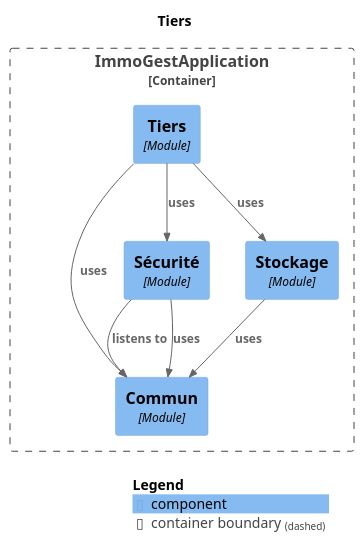
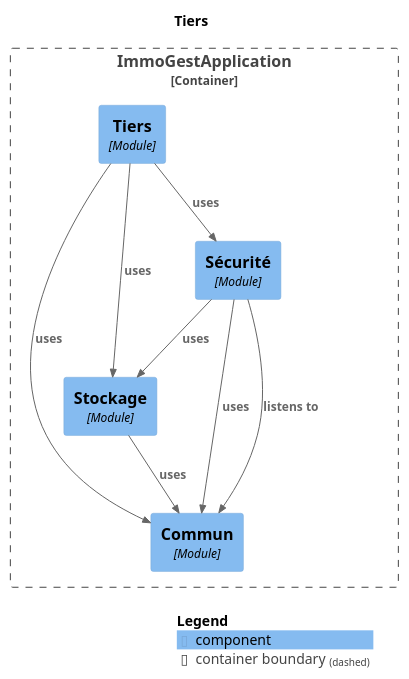
Before and after one commit to fixedevelloper/csimmo: the diagram in docs/modules/module-tiers.puml, drawn with PlantUML. The commit also changed 91 other files, not shown here.

```diff
--- a/docs/modules/module-tiers.puml
+++ b/docs/modules/module-tiers.puml
@@ -1,26 +1,27 @@
 @startuml
 set separator none
 title Tiers
 
 top to bottom direction
 
 !include <C4/C4>
 !include <C4/C4_Context>
 !include <C4/C4_Component>
 
 Container_Boundary("ImmoGestApplication.ImmoGestApplication_boundary", "ImmoGestApplication", $tags="") {
   Component(ImmoGestApplication.ImmoGestApplication.Commun, "Commun", $techn="Module", $descr="", $tags="", $link="")
+  Component(ImmoGestApplication.ImmoGestApplication.Stockage, "Stockage", $techn="Module", $descr="", $tags="", $link="")
   Component(ImmoGestApplication.ImmoGestApplication.Sécurité, "Sécurité", $techn="Module", $descr="", $tags="", $link="")
-  Component(ImmoGestApplication.ImmoGestApplication.Stockage, "Stockage", $techn="Module", $descr="", $tags="", $link="")
   Component(ImmoGestApplication.ImmoGestApplication.Tiers, "Tiers", $techn="Module", $descr="", $tags="", $link="")
 }
 
+Rel(ImmoGestApplication.ImmoGestApplication.Sécurité, ImmoGestApplication.ImmoGestApplication.Commun, "uses", $techn="", $tags="", $link="")
+Rel(ImmoGestApplication.ImmoGestApplication.Sécurité, ImmoGestApplication.ImmoGestApplication.Stockage, "uses", $techn="", $tags="", $link="")
 Rel(ImmoGestApplication.ImmoGestApplication.Stockage, ImmoGestApplication.ImmoGestApplication.Commun, "uses", $techn="", $tags="", $link="")
 Rel(ImmoGestApplication.ImmoGestApplication.Tiers, ImmoGestApplication.ImmoGestApplication.Stockage, "uses", $techn="", $tags="", $link="")
 Rel(ImmoGestApplication.ImmoGestApplication.Tiers, ImmoGestApplication.ImmoGestApplication.Commun, "uses", $techn="", $tags="", $link="")
 Rel(ImmoGestApplication.ImmoGestApplication.Tiers, ImmoGestApplication.ImmoGestApplication.Sécurité, "uses", $techn="", $tags="", $link="")
 Rel(ImmoGestApplication.ImmoGestApplication.Sécurité, ImmoGestApplication.ImmoGestApplication.Commun, "listens to", $techn="", $tags="", $link="")
-Rel(ImmoGestApplication.ImmoGestApplication.Sécurité, ImmoGestApplication.ImmoGestApplication.Commun, "uses", $techn="", $tags="", $link="")
 
 SHOW_LEGEND(true)
 @enduml
```
